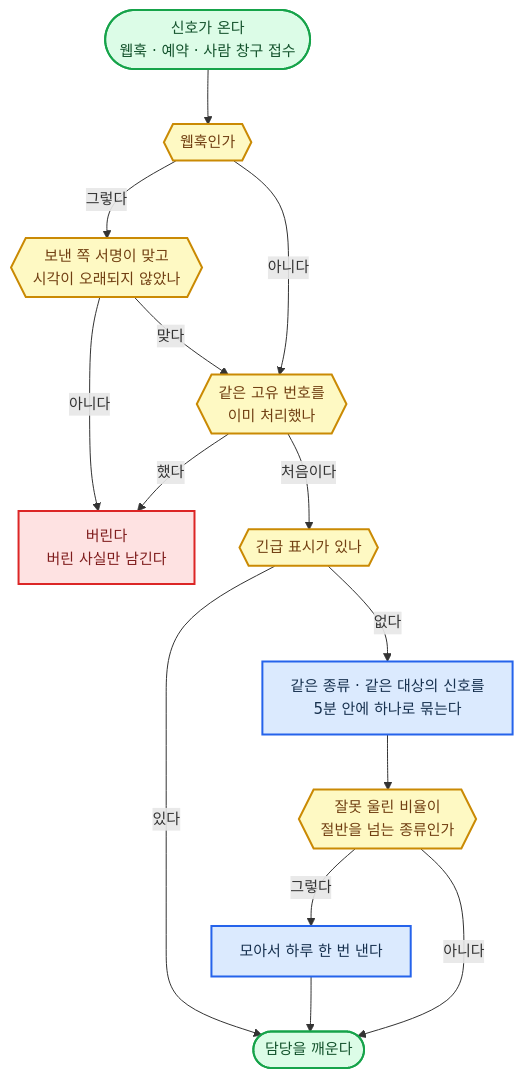
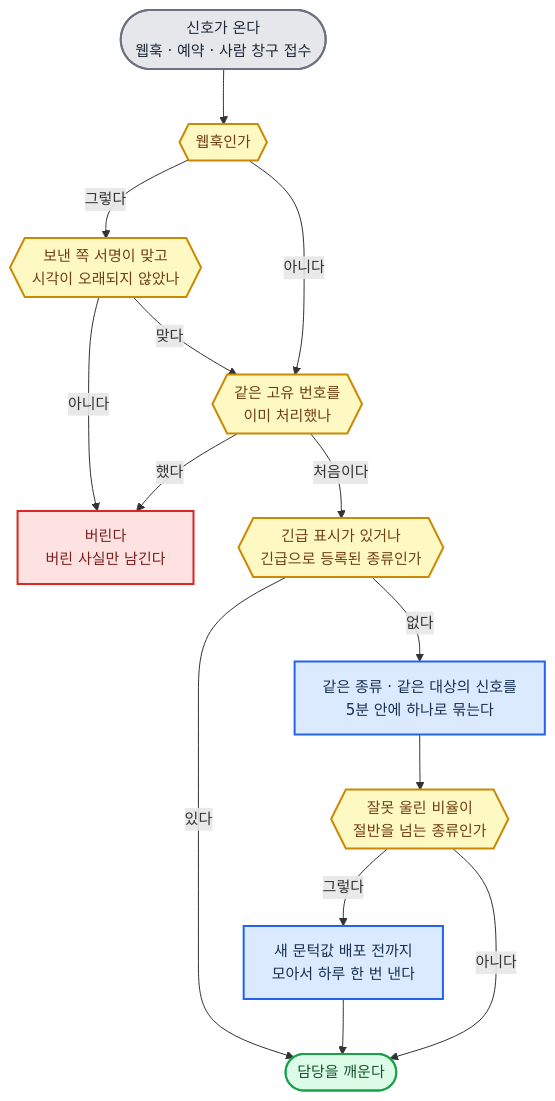
Before and after one commit to harisbaguette/expert: the third of 26 diagrams in 전문가 에이전트 정의 2.md, drawn with Mermaid. The commit also changed other lines of this file and 7 other files, not shown here.

````diff
--- a/전문가 에이전트 정의 2.md
+++ b/전문가 에이전트 정의 2.md
@@ -212,29 +296,30 @@
 ```mermaid
 %%{init: {"flowchart": {"wrappingWidth": 640, "curve": "basis", "nodeSpacing": 45, "rankSpacing": 55, "padding": 14, "useMaxWidth": true}, "themeVariables": {"fontSize": "15px"}} }%%
 flowchart TB
-    IN(["신호가 온다<br/>웹훅 · 예약 · 사람 창구 접수"]):::good
+    IN(["신호가 온다<br/>웹훅 · 예약 · 사람 창구 접수"]):::store
     W{{"웹훅인가"}}:::note
     V{{"보낸 쪽 서명이 맞고<br/>시각이 오래되지 않았나"}}:::note
     X["버린다<br/>버린 사실만 남긴다"]:::stop
     K{{"같은 고유 번호를<br/>이미 처리했나"}}:::note
-    E{{"긴급 표시가 있나"}}:::note
+    E{{"긴급 표시가 있거나<br/>긴급으로 등록된 종류인가"}}:::note
     G["같은 종류 · 같은 대상의 신호를<br/>5분 안에 하나로 묶는다"]:::main
     F{{"잘못 울린 비율이<br/>절반을 넘는 종류인가"}}:::note
-    B["모아서 하루 한 번 낸다"]:::main
+    B["새 문턱값 배포 전까지<br/>모아서 하루 한 번 낸다"]:::main
     OUT(["담당을 깨운다"]):::good
     IN --> W
     W -- "그렇다" --> V
     W -- "아니다" --> K
     V -- "아니다" --> X
     V -- "맞다" --> K
     K -- "했다" --> X
     K -- "처음이다" --> E
     E -- "있다" --> OUT
     E -- "없다" --> G --> F
     F -- "그렇다" --> B --> OUT
     F -- "아니다" --> OUT
+    classDef store fill:#e5e7eb,stroke:#6b7280,stroke-width:2px,color:#1f2937
     classDef good fill:#dcfce7,stroke:#16a34a,stroke-width:2px,color:#14532d
     classDef note fill:#fef9c3,stroke:#ca8a04,stroke-width:2px,color:#713f12
     classDef stop fill:#fee2e2,stroke:#dc2626,stroke-width:2px,color:#7f1d1d
     classDef main fill:#dbeafe,stroke:#2563eb,stroke-width:2px,color:#17314f
 ```
````
